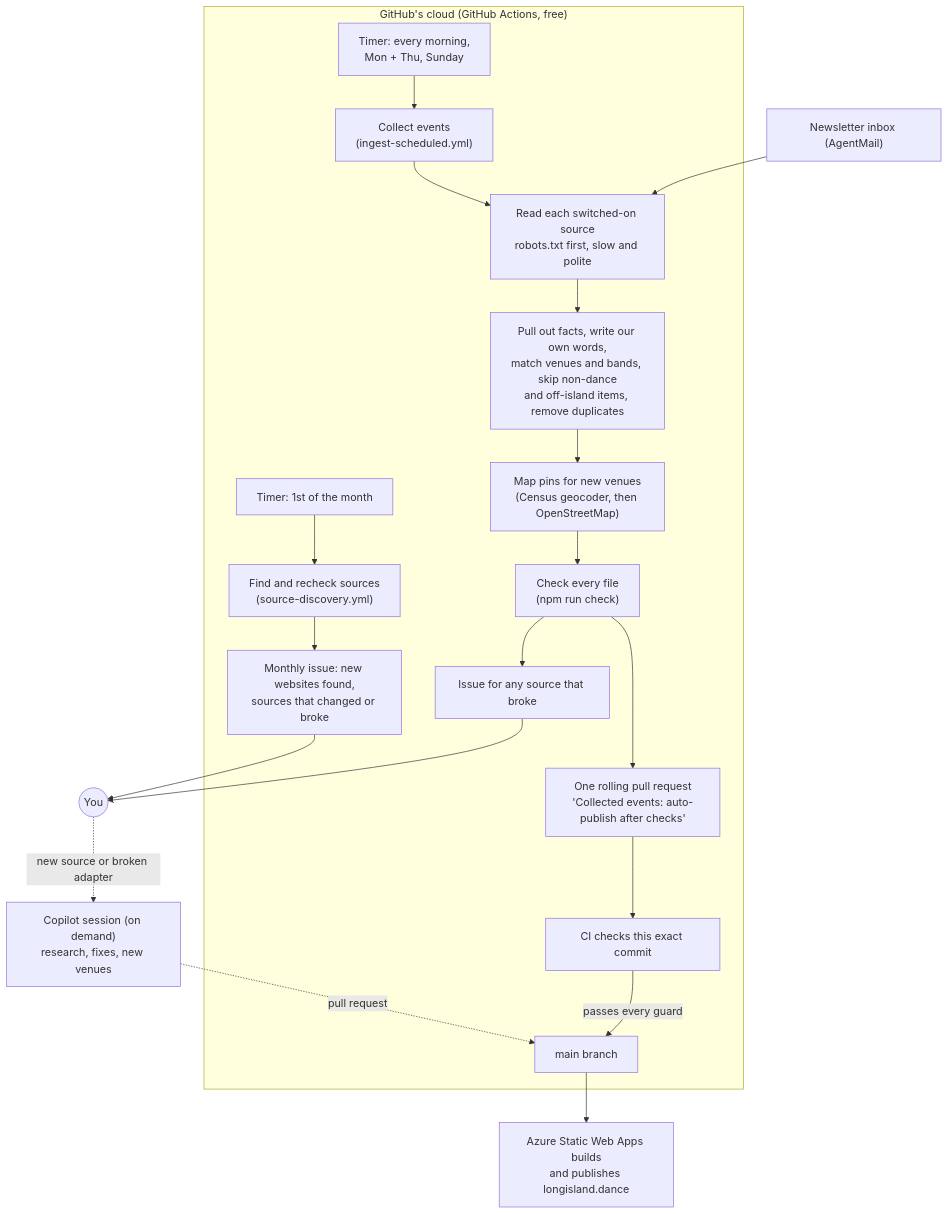
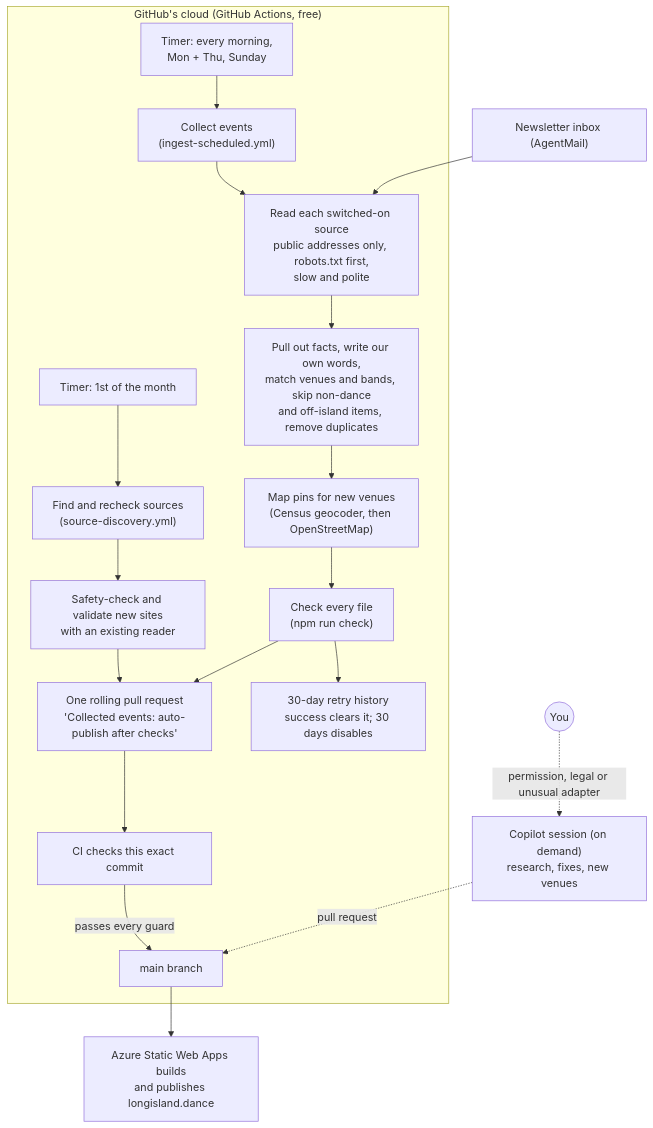
One commit to michaelsrichter/long-island-dance-events changed the diagram in docs/how-weekly-updates-work.md. Above: the diagram before and after it, drawn with Mermaid. The commit also changed other lines of this file and 49 other files, not shown here.

````diff
--- a/docs/how-weekly-updates-work.md
+++ b/docs/how-weekly-updates-work.md
@@ -34,22 +34,22 @@
 ```mermaid
 flowchart TD
   subgraph GH["GitHub's cloud (GitHub Actions, free)"]
     T1["Timer: every morning,\nMon + Thu, Sunday"] --> C["Collect events\n(ingest-scheduled.yml)"]
     T2["Timer: 1st of the month"] --> D["Find and recheck sources\n(source-discovery.yml)"]
-    C --> R1["Read each switched-on source\nrobots.txt first, slow and polite"]
+    C --> R1["Read each switched-on source\npublic addresses only, robots.txt first,\nslow and polite"]
     R1 --> R2["Pull out facts, write our own words,\nmatch venues and bands, skip non-dance\nand off-island items, remove duplicates"]
     R2 --> R3["Map pins for new venues\n(Census geocoder, then OpenStreetMap)"]
     R3 --> R4["Check every file\n(npm run check)"]
     R4 --> PR["One rolling pull request\n'Collected events: auto-publish after checks'"]
     PR --> CI["CI checks this exact commit"]
     CI -->|"passes every guard"| M["main branch"]
-    R4 --> IS["Issue for any source that broke"]
-    D --> DI["Monthly issue: new websites found,\nsources that changed or broke"]
+    R4 --> H["30-day retry history\nsuccess clears it; 30 days disables"]
+    D --> DI["Safety-check and validate new sites\nwith an existing reader"]
+    DI --> PR
   end
   N["Newsletter inbox (AgentMail)"] --> R1
-  DI --> O
-  IS --> O(("You"))
+  O(("You"))
   M --> AZ["Azure Static Web Apps builds\nand publishes longisland.dance"]
-  O -.->|"new source or broken adapter"| CP["Copilot session (on demand)\nresearch, fixes, new venues"]
+  O -.->|"permission, legal or unusual adapter"| CP["Copilot session (on demand)\nresearch, fixes, new venues"]
   CP -.->|"pull request"| M
 ```
````
